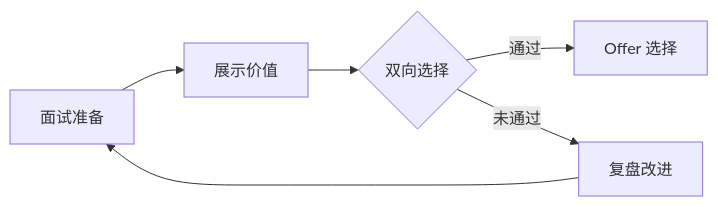
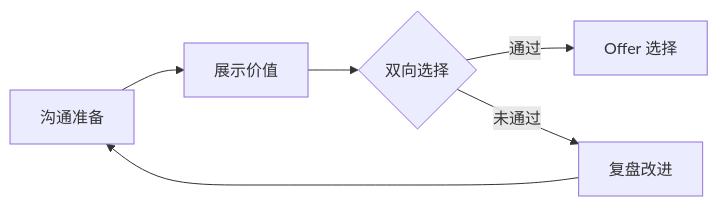
Before and after one commit to sunrong1/sunrong1.github.io: the diagram in src/posts/learning/insights/interviewee_exp.md, drawn with Mermaid. The commit also changed other lines of this file and 11 other files, not shown here.

````diff
--- a/src/posts/learning/insights/interviewee_exp.md
+++ b/src/posts/learning/insights/interviewee_exp.md
@@ -36,8 +36,8 @@
 ```mermaid
 flowchart LR
-    A[面试准备] --> B[展示价值]
+    A[沟通准备] --> B[展示价值]
     B --> C{双向选择}
     C -->|通过 | D[Offer 选择]
     C -->|未通过 | E[复盘改进]
     E --> A
 ```
````
